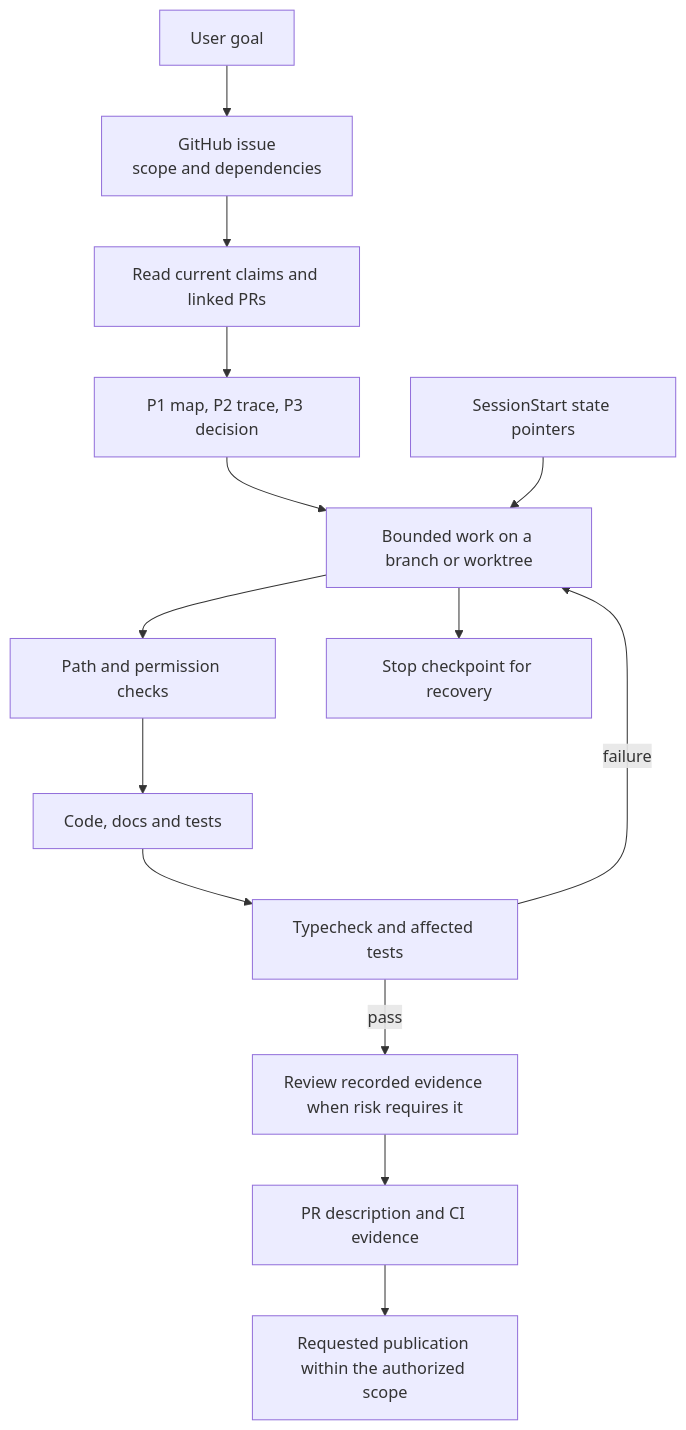
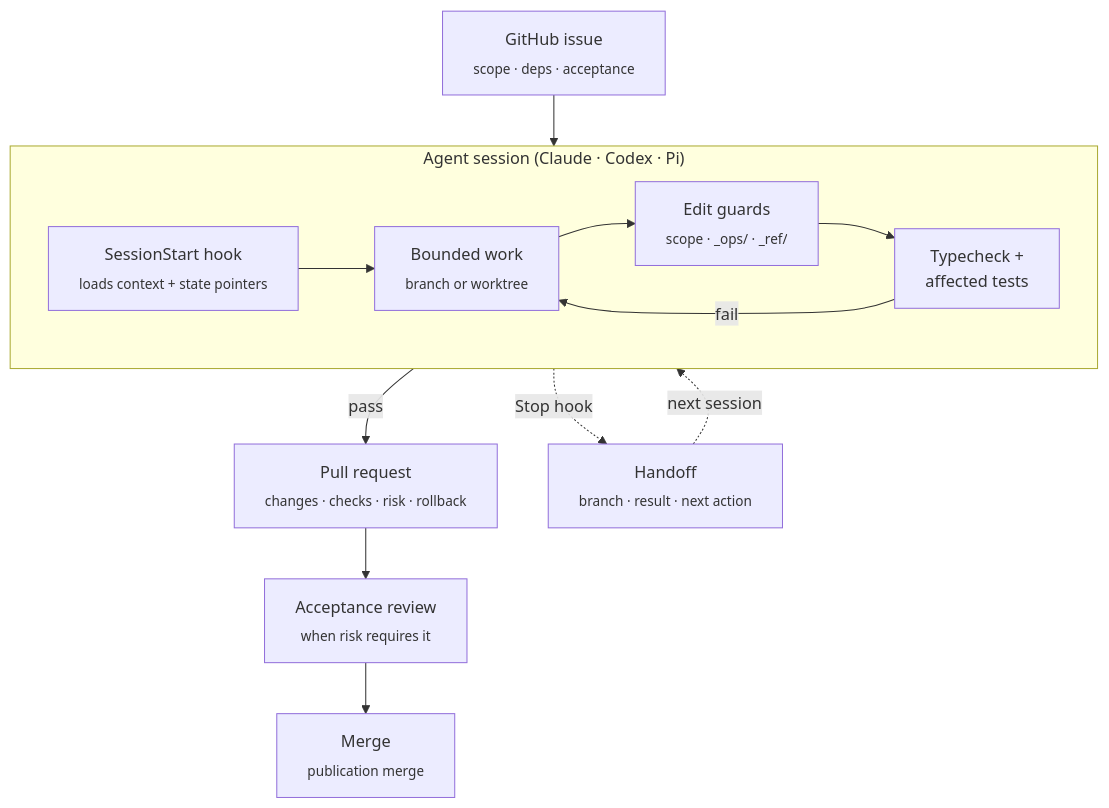
Before and after one commit to Ancienttwo/repo-harness: the first of 3 diagrams in README.md, drawn with Mermaid. The commit also changed other lines of this file and 3 other files, not shown here.

````diff
--- a/README.md
+++ b/README.md
@@ -283,16 +105,16 @@
 ```mermaid
-flowchart TD
-  Goal["User goal"] --> Issue["GitHub issue<br/>scope and dependencies"]
-  Issue --> Claim["Read current claims and linked PRs"]
-  Claim --> Trace["P1 map, P2 trace, P3 decision"]
-  Trace --> Work["Bounded work on a branch or worktree"]
-  Work --> Guard["Path and permission checks"]
-  Guard --> Change["Code, docs and tests"]
-  Change --> Verify["Typecheck and affected tests"]
-  Verify -->|failure| Work
-  Verify -->|pass| Review["Review recorded evidence when risk requires it"]
-  Review --> PR["PR description and CI evidence"]
-  PR --> Publish["Requested publication within the authorized scope"]
-  Context["SessionStart state pointers"] --> Work
-  Work --> Handoff["Stop checkpoint for recovery"]
+flowchart TB
+  Issue["GitHub issue<br/><sub>scope · deps · acceptance</sub>"] --> Start
+  subgraph Session["Agent session (Claude · Codex · Pi)"]
+    direction LR
+    Start["SessionStart hook<br/><sub>loads context + state pointers</sub>"] --> Work["Bounded work<br/><sub>branch or worktree</sub>"]
+    Work --> Guard["Edit guards<br/><sub>scope · _ops/ · _ref/</sub>"]
+    Guard --> Verify["Typecheck +<br/>affected tests"]
+    Verify -->|fail| Work
+  end
+  Verify -->|pass| PR["Pull request<br/><sub>changes · checks · risk · rollback</sub>"]
+  PR --> Review["Acceptance review<br/><sub>when risk requires it</sub>"]
+  Review --> Merge["Merge<br/><sub>publication merge</sub>"]
+  Work -. Stop hook .-> Handoff["Handoff<br/><sub>branch · result · next action</sub>"]
+  Handoff -. next session .-> Start
 ```
````
